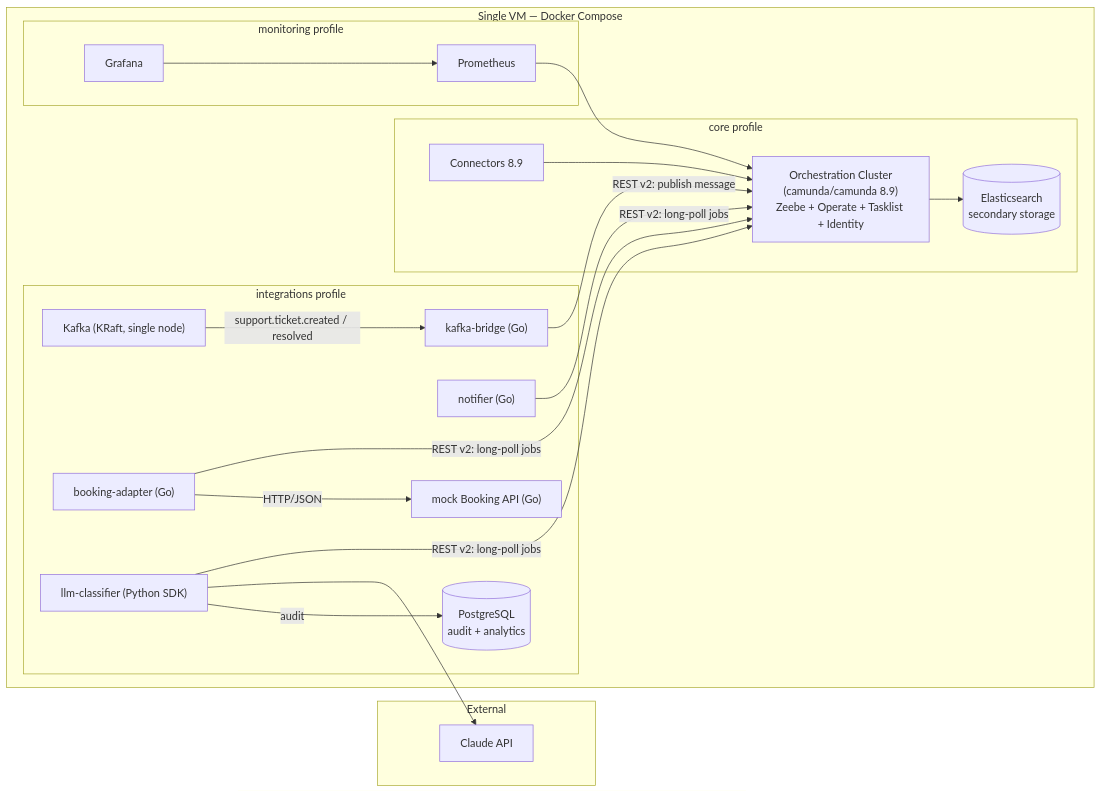
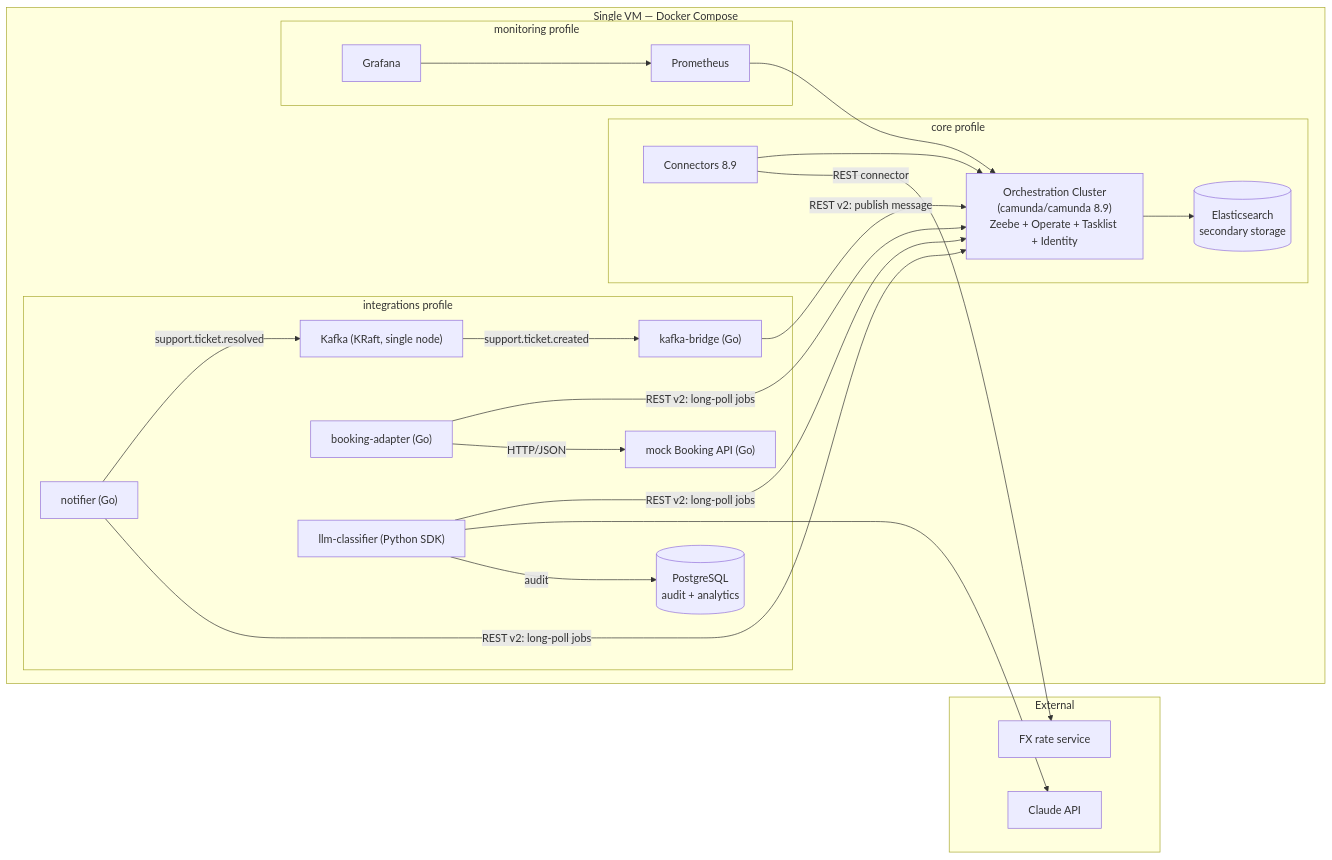
Before and after one commit to DigitLock/camunda-support-automation: the diagram in README.md, drawn with Mermaid. The commit also changed other lines of this file, not shown here.

Commit message:
minor edits

````diff
--- a/README.md
+++ b/README.md
@@ -13,40 +13,43 @@
 ```mermaid
 flowchart LR
     subgraph external["External"]
         claude["Claude API"]
+        fx["FX rate service"]
     end
 
     subgraph vm["Single VM — Docker Compose"]
         subgraph core["core profile"]
             camunda["Orchestration Cluster<br/>(camunda/camunda 8.9)<br/>Zeebe + Operate + Tasklist + Identity"]
             connectors["Connectors 8.9"]
             es[("Elasticsearch<br/>secondary storage")]
         end
         subgraph integrations["integrations profile"]
             kafka["Kafka (KRaft, single node)"]
             bridge["kafka-bridge (Go)"]
             booking["booking-adapter (Go)"]
             notifier["notifier (Go)"]
             mockapi["mock Booking API (Go)"]
             classifier["llm-classifier (Python SDK)"]
             pg[("PostgreSQL<br/>audit + analytics")]
         end
         subgraph monitoring["monitoring profile"]
             prom["Prometheus"]
             graf["Grafana"]
         end
     end
 
-    kafka -- "support.ticket.created / resolved" --> bridge
+    kafka -- "support.ticket.created" --> bridge
+    notifier -- "support.ticket.resolved" --> kafka
     bridge -- "REST v2: publish message" --> camunda
     classifier -- "REST v2: long-poll jobs" --> camunda
     classifier --> claude
     classifier -- "audit" --> pg
     booking -- "REST v2: long-poll jobs" --> camunda
     booking -- "HTTP/JSON" --> mockapi
     notifier -- "REST v2: long-poll jobs" --> camunda
     camunda --> es
     connectors --> camunda
     prom --> camunda
     graf --> prom
+    connectors -- "REST connector" --> fx
 ```
````
